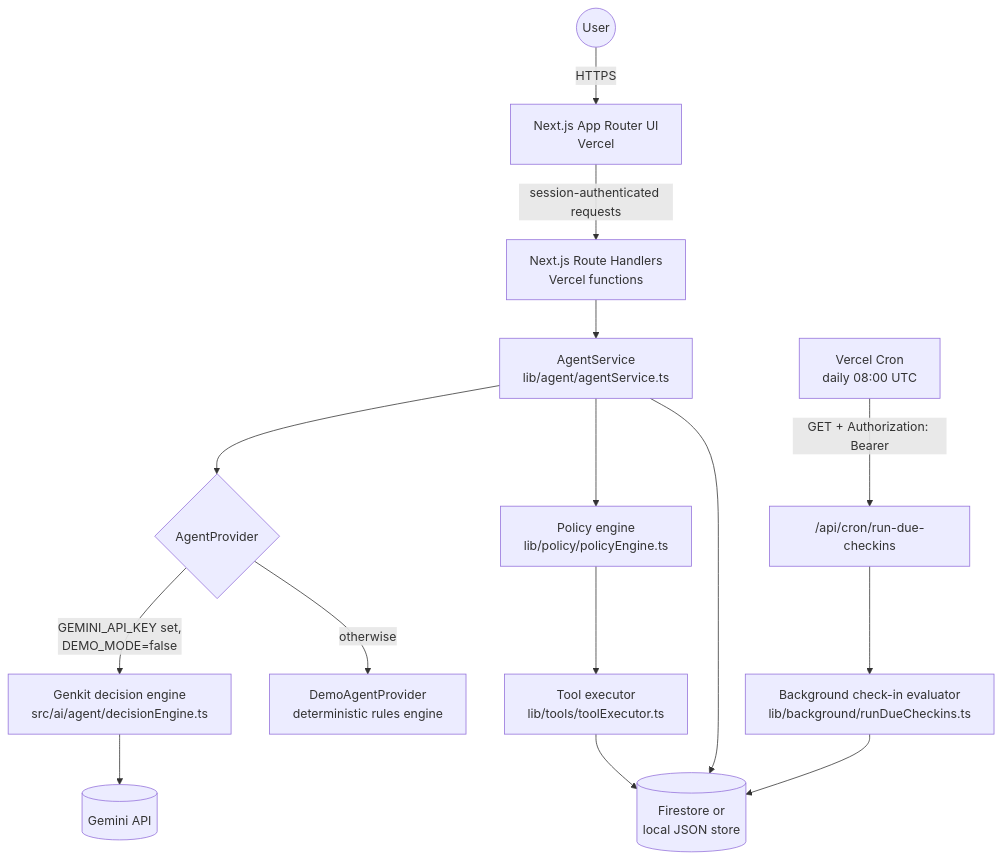
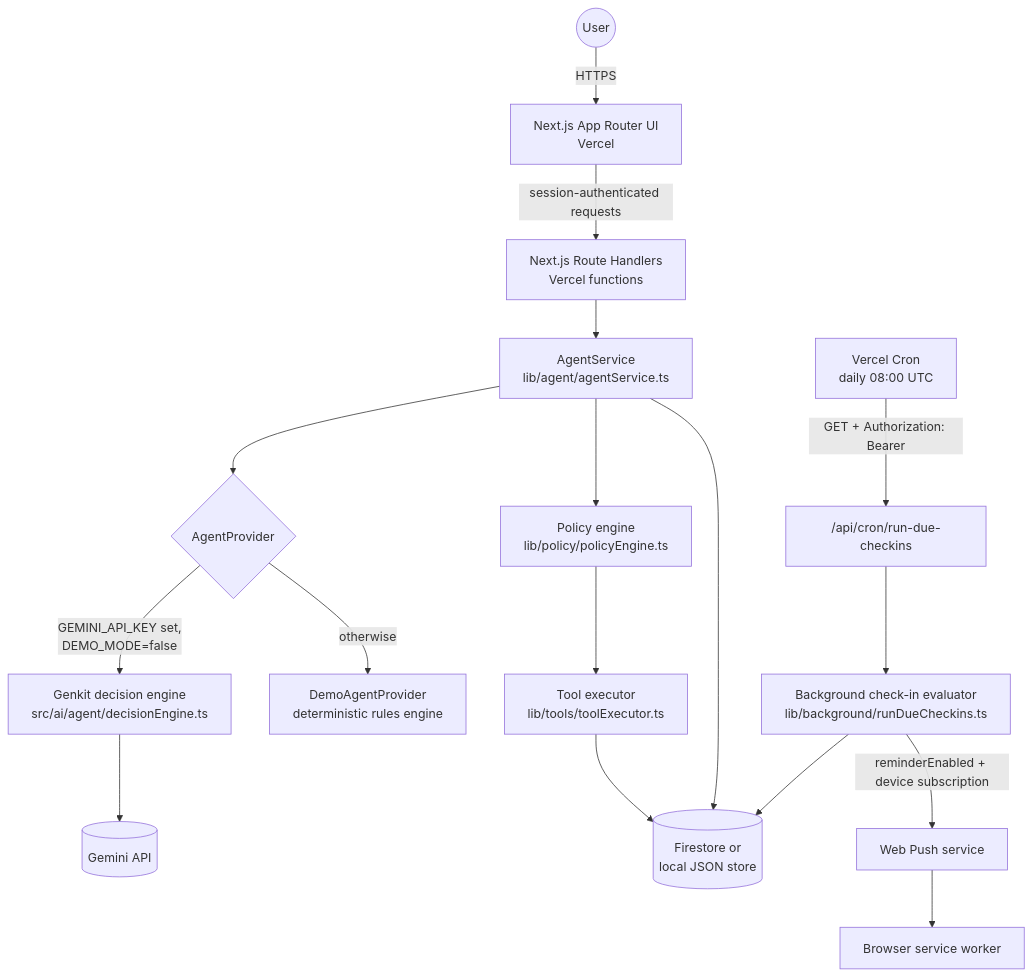
The first of 6 diagrams in docs/architecture.md (himanishpuri/continuum), drawn with Mermaid before and after one commit. The commit also changed other lines of this file and 2 other files, not shown here.

First line of the commit message:
docs: document push, revert, memory review, safety layers, evals

````diff
--- a/docs/architecture.md
+++ b/docs/architecture.md
@@ -10,17 +10,19 @@
 ```mermaid
 flowchart TD
     User((User)) -->|HTTPS| UI[Next.js App Router UI<br/>Vercel]
     UI -->|session-authenticated requests| API[Next.js Route Handlers<br/>Vercel functions]
     API --> AgentService[AgentService<br/>lib/agent/agentService.ts]
     AgentService --> Provider{AgentProvider}
     Provider -->|GEMINI_API_KEY set,<br/>DEMO_MODE=false| Genkit[Genkit decision engine<br/>src/ai/agent/decisionEngine.ts]
     Genkit --> Gemini[(Gemini API)]
     Provider -->|otherwise| Demo[DemoAgentProvider<br/>deterministic rules engine]
     AgentService --> Policy[Policy engine<br/>lib/policy/policyEngine.ts]
     Policy --> Executor[Tool executor<br/>lib/tools/toolExecutor.ts]
     Executor --> Data[(Firestore or<br/>local JSON store)]
     AgentService --> Data
     Cron[Vercel Cron<br/>daily 08:00 UTC] -->|GET + Authorization: Bearer| CronRoute["/api/cron/run-due-checkins"]
     CronRoute --> Background[Background check-in evaluator<br/>lib/background/runDueCheckins.ts]
     Background --> Data
+    Background -->|reminderEnabled + device subscription| Push[Web Push service]
+    Push --> SW[Browser service worker]
 ```
````
